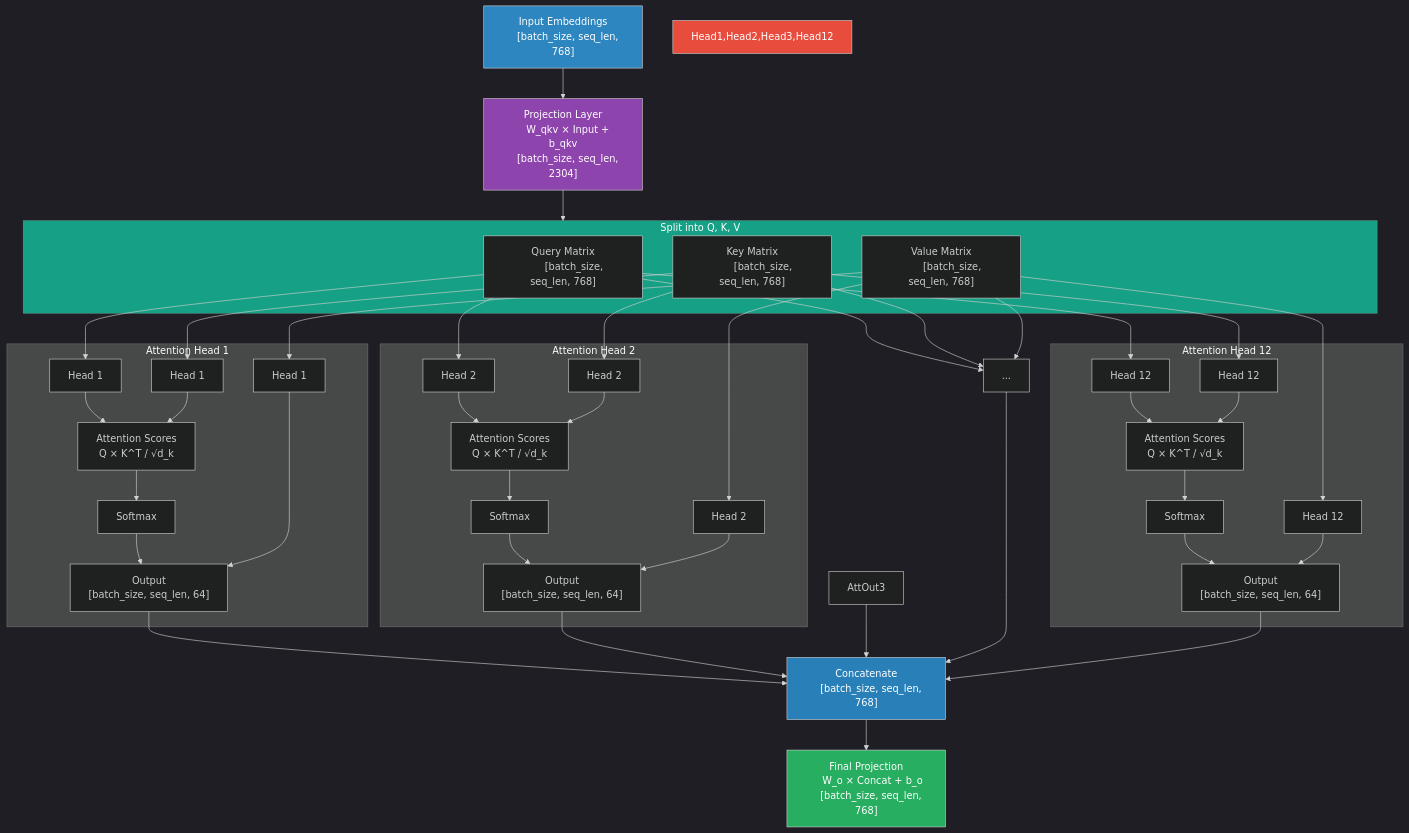
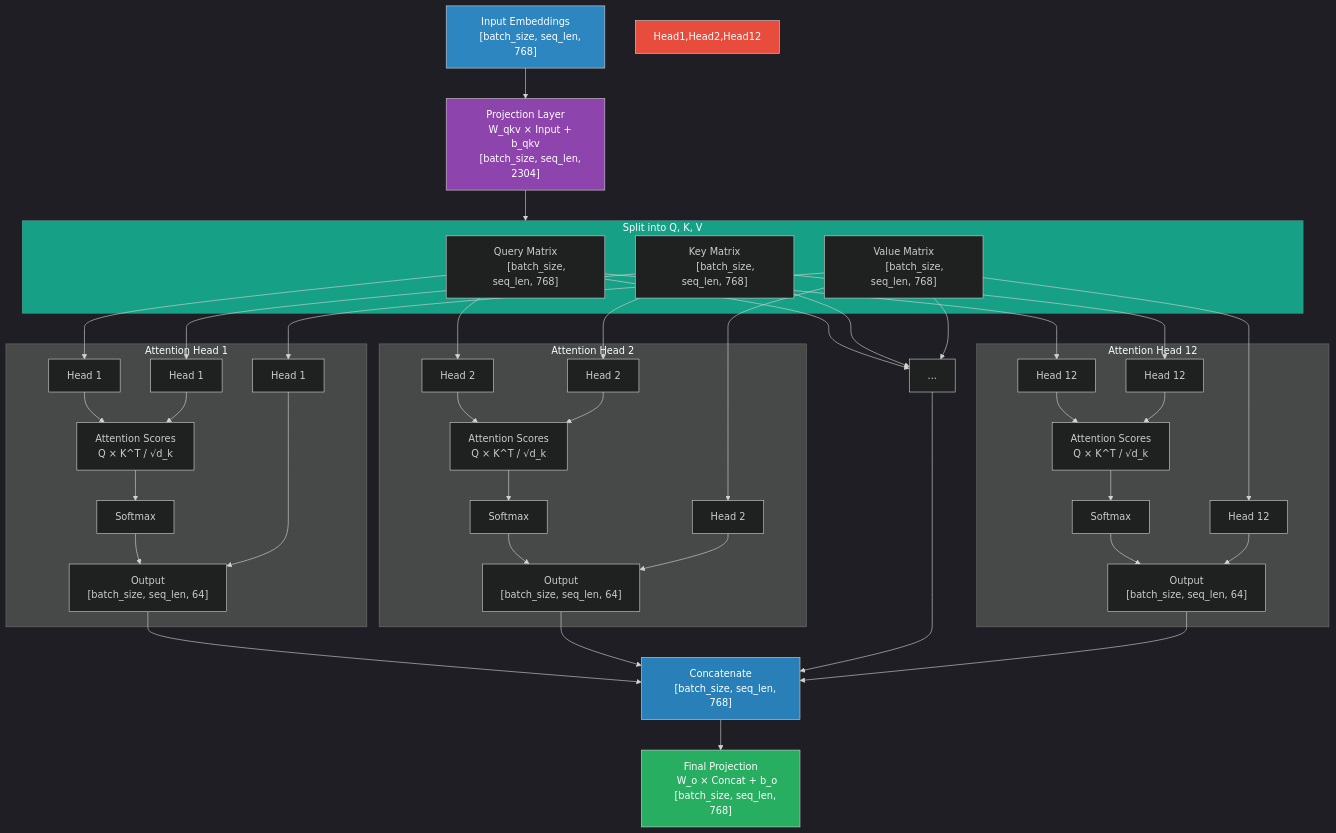
Before and after one commit to sidharth72/GPT-124M-CPP: the diagram in Self-Attention.md, drawn with Mermaid.

Commit message:
Changes to the design of attention architecture

````diff
--- a/Self-Attention.md
+++ b/Self-Attention.md
@@ -1,74 +1,74 @@
 ```mermaid
 %%{init: {'theme': 'dark'}}%%
 flowchart TD
     Input["Input Embeddings
     [batch_size, seq_len, 768]"] --> ProjectionLayer
 
     ProjectionLayer["Projection Layer
     W_qkv × Input + b_qkv
     [batch_size, seq_len, 2304]"] --> QKVSplit
 
     subgraph QKVSplit["Split into Q, K, V"]
         Q["Query Matrix
         [batch_size, seq_len, 768]"]
         K["Key Matrix
         [batch_size, seq_len, 768]"]
         V["Value Matrix
         [batch_size, seq_len, 768]"]
     end
 
     Q --> Head1Q["Head 1"]
     K --> Head1K["Head 1"]
     V --> Head1V["Head 1"]
     
     Q --> Head2Q["Head 2"]
     K --> Head2K["Head 2"]
     V --> Head2V["Head 2"]
-
     
     Q --> Dots["..."]
     K --> Dots
     V --> Dots
     
     Q --> Head12Q["Head 12"]
     K --> Head12K["Head 12"]
     V --> Head12V["Head 12"]
 
     subgraph Head1["Attention Head 1"]
         Head1Q & Head1K --> Score1["Attention Scores
         Q × K^T / √d_k"]
         Score1 --> Softmax1["Softmax"]
         Softmax1 & Head1V --> AttOut1["Output
         [batch_size, seq_len, 64]"]
     end
 
     subgraph Head2["Attention Head 2"]
         Head2Q & Head2K --> Score2["Attention Scores
         Q × K^T / √d_k"]
         Score2 --> Softmax2["Softmax"]
         Softmax2 & Head2V --> AttOut2["Output
         [batch_size, seq_len, 64]"]
     end
 
     subgraph Head12["Attention Head 12"]
         Head12Q & Head12K --> Score12["Attention Scores
         Q × K^T / √d_k"]
         Score12 --> Softmax12["Softmax"]
         Softmax12 & Head12V --> AttOut12["Output
         [batch_size, seq_len, 64]"]
     end
 
-    AttOut1 & AttOut2 & AttOut3 & Dots & AttOut12 --> Concat["Concatenate
+    AttOut1 & AttOut2 & Dots & AttOut12 --> Concat["Concatenate
     [batch_size, seq_len, 768]"]
     
     Concat --> FinalProj["Final Projection
     W_o × Concat + b_o
     [batch_size, seq_len, 768]"]
 
     style Input fill:#2E86C1,color:#fff
     style ProjectionLayer fill:#8E44AD,color:#fff
     style QKVSplit fill:#16A085,color:#fff
-    style Head1,Head2,Head3,Head12 fill:#E74C3C,color:#fff
+    style Head1,Head2,Head12 fill:#E74C3C,color:#fff
     style Concat fill:#2980B9,color:#fff
     style FinalProj fill:#27AE60,color:#fff
+
 ```
````
